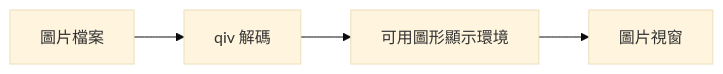
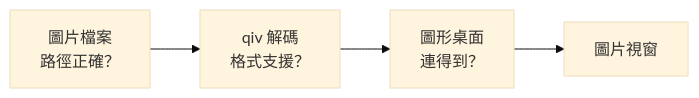
The diagram in 教材/第 08 課｜Raspberry Pi 5 安裝與使用 qiv 圖片檢視器.md (Samuel-ncu/BA5077-RP5-compatibility), drawn with Mermaid (base theme) before and after one commit. The commit also changed other lines of this file and 34 other files, not shown here.

````diff
--- a/教材/第 08 課｜Raspberry Pi 5 安裝與使用 qiv 圖片檢視器.md
+++ b/教材/第 08 課｜Raspberry Pi 5 安裝與使用 qiv 圖片檢視器.md
@@ -45,8 +23,6 @@
 ```mermaid
 flowchart LR
-    A["圖片檔案"]
-    B["qiv 解碼"]
-    C["可用圖形顯示環境"]
-    D["圖片視窗"]
-    A --> B --> C --> D
+    A["圖片檔案<br/>路徑正確？"] --> B["qiv 解碼<br/>格式支援？"]
+    B --> C["圖形桌面<br/>連得到？"]
+    C --> D["圖片視窗"]
 ```
````
